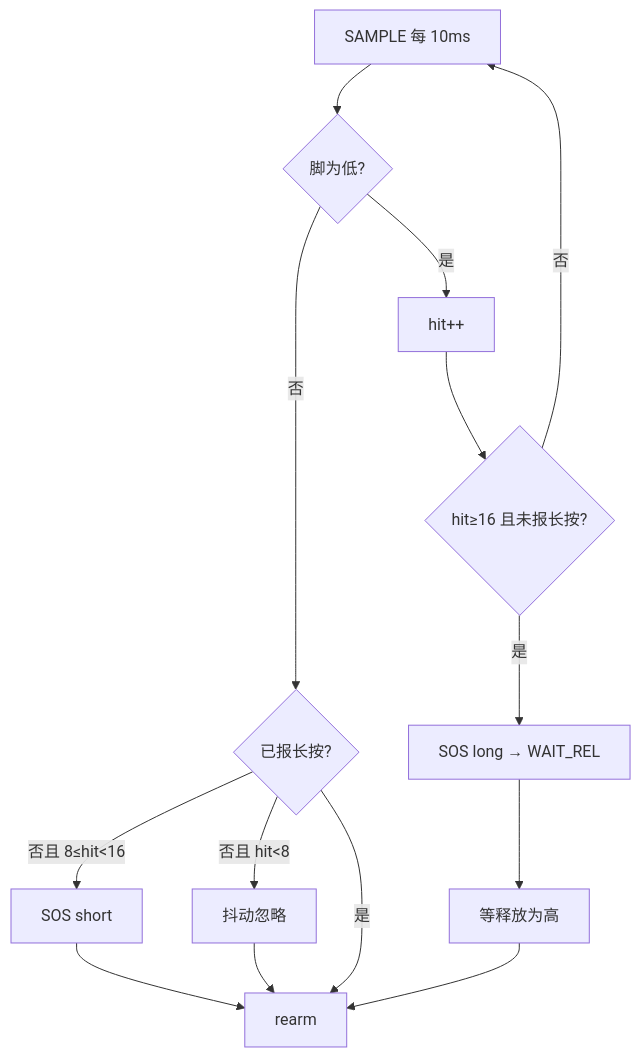
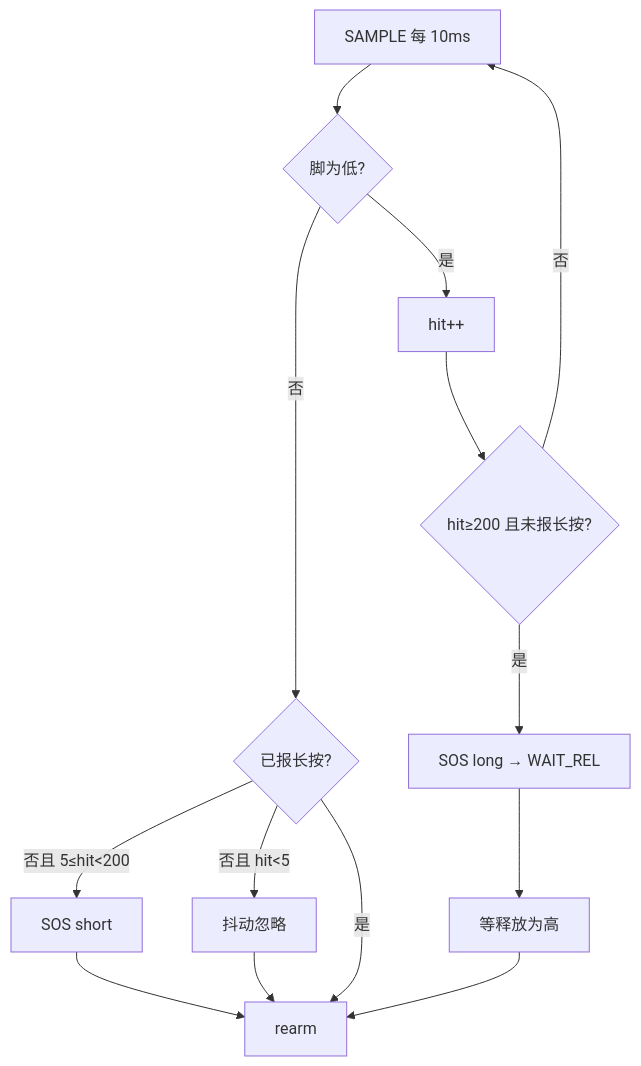
Before and after one commit to fenglong2018/MB-A01-PRO: the third of 9 diagrams in BSP/key/flow.md, drawn with Mermaid. The commit also changed other lines of this file and 133 other files, not shown here.

````diff
--- a/BSP/key/flow.md
+++ b/BSP/key/flow.md
@@ -60,16 +95,16 @@
 ```mermaid
 flowchart TD
   S0[SAMPLE 每 10ms] --> A{脚为低?}
   A -->|否| B{已报长按?}
-  B -->|否且 8≤hit&lt;16| C[SOS short]
-  B -->|否且 hit&lt;8| D[抖动忽略]
+  B -->|否且 5≤hit&lt;200| C[SOS short]
+  B -->|否且 hit&lt;5| D[抖动忽略]
   C --> R[rearm]
   D --> R
   B -->|是| R
   A -->|是| E[hit++]
-  E --> F{hit≥16 且未报长按?}
+  E --> F{hit≥200 且未报长按?}
   F -->|是| G[SOS long → WAIT_REL]
   F -->|否| S0
   G --> H[等释放为高]
   H --> R
 ```
````
